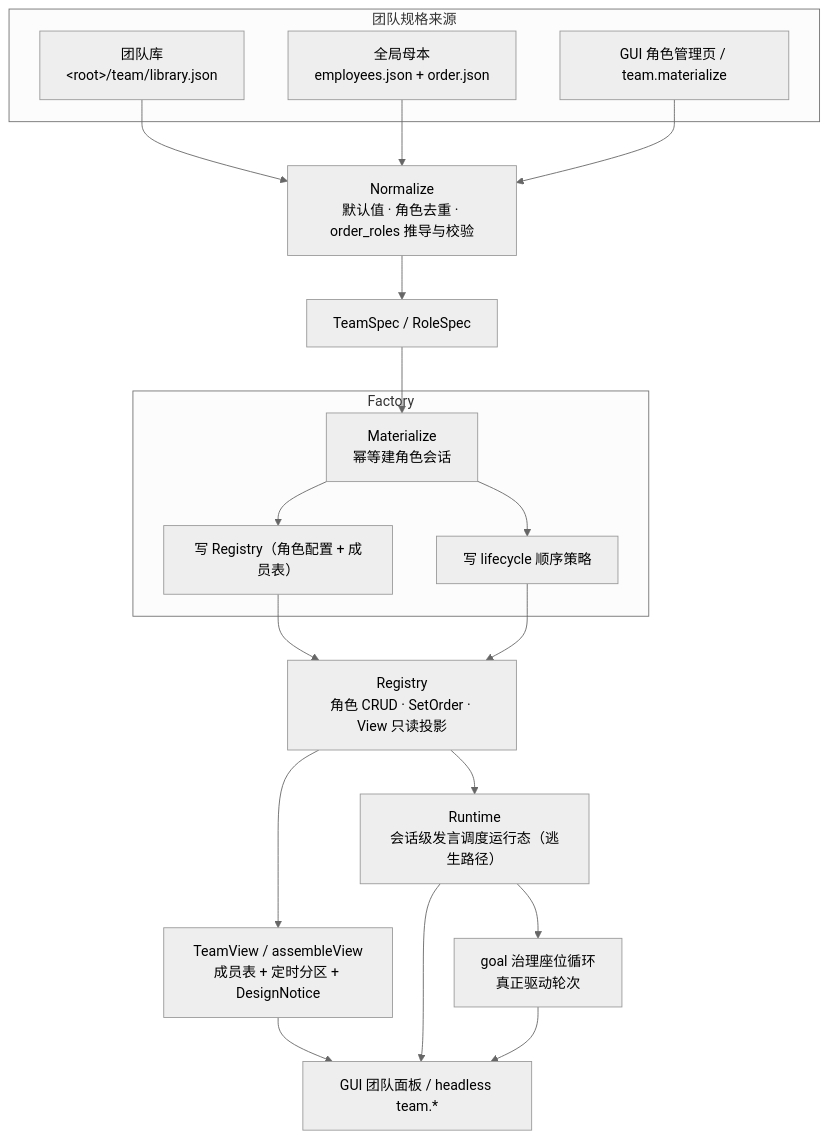
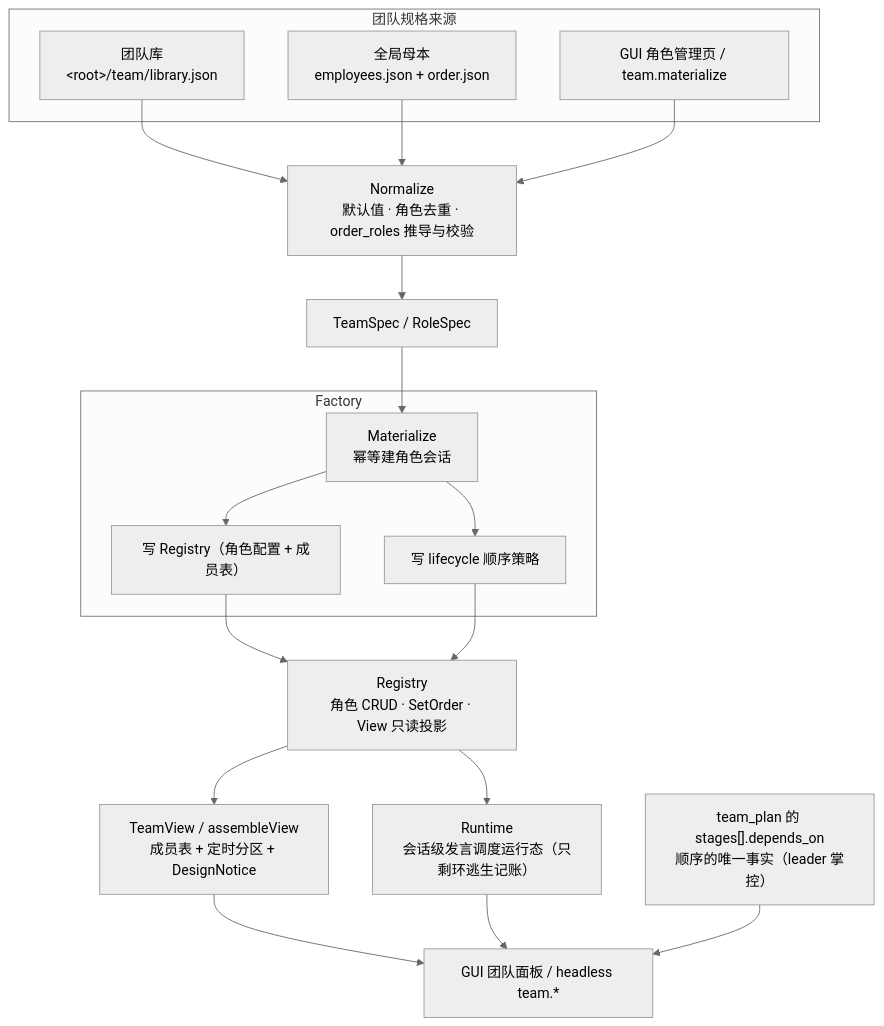
One commit to RedHuang-0622/seelex changed the first of 2 diagrams in application/core/agentteam/README.md. Above: the diagram before and after it, drawn with Mermaid (neutral theme). The commit also changed other lines of this file and 77 other files, not shown here.

````diff
--- a/application/core/agentteam/README.md
+++ b/application/core/agentteam/README.md
@@ -47,39 +55,38 @@
 ```mermaid
 flowchart TB
     subgraph SOURCE["团队规格来源"]
         LIB["团队库<br/>&lt;root&gt;/team/library.json"]
         GLOBAL["全局母本<br/>employees.json + order.json"]
         UISPEC["GUI 角色管理页 / team.materialize"]
     end
 
     NORM["Normalize<br/>默认值 · 角色去重 · order_roles 推导与校验"]
     SPEC["TeamSpec / RoleSpec"]
 
     subgraph FACTORY["Factory"]
         MAT["Materialize<br/>幂等建角色会话"]
         REGW["写 Registry（角色配置 + 成员表）"]
         LIFE["写 lifecycle 顺序策略"]
     end
 
     REG["Registry<br/>角色 CRUD · SetOrder · View 只读投影"]
     VIEW["TeamView / assembleView<br/>成员表 + 定时分区 + DesignNotice"]
-    RT["Runtime<br/>会话级发言调度运行态（逃生路径）"]
-    GOV["goal 治理座位循环<br/>真正驱动轮次"]
+    RT["Runtime<br/>会话级发言调度运行态（只剩环逃生记账）"]
+    PLAN["team_plan 的 stages[].depends_on<br/>顺序的唯一事实（leader 掌控）"]
     FE["GUI 团队面板 / headless team.*"]
 
     LIB --> NORM
     GLOBAL --> NORM
     UISPEC --> NORM
     NORM --> SPEC
     SPEC --> MAT
     MAT --> REGW
     MAT --> LIFE
     REGW --> REG
     LIFE --> REG
     REG --> VIEW
     REG --> RT
-    RT --> GOV
     VIEW --> FE
     RT --> FE
-    GOV --> FE
+    PLAN --> FE
 ```
````
